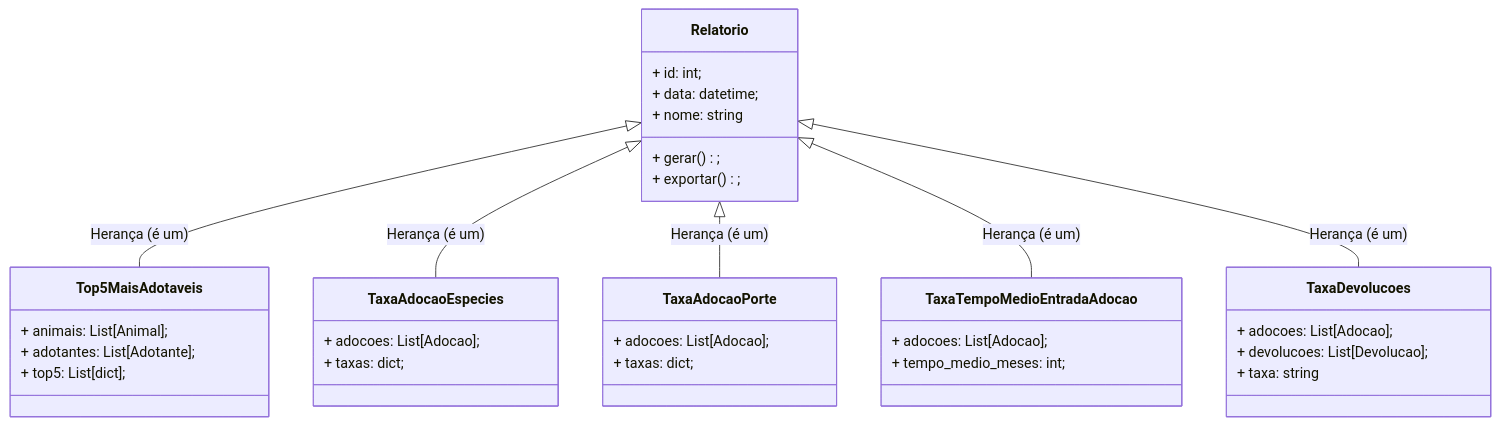
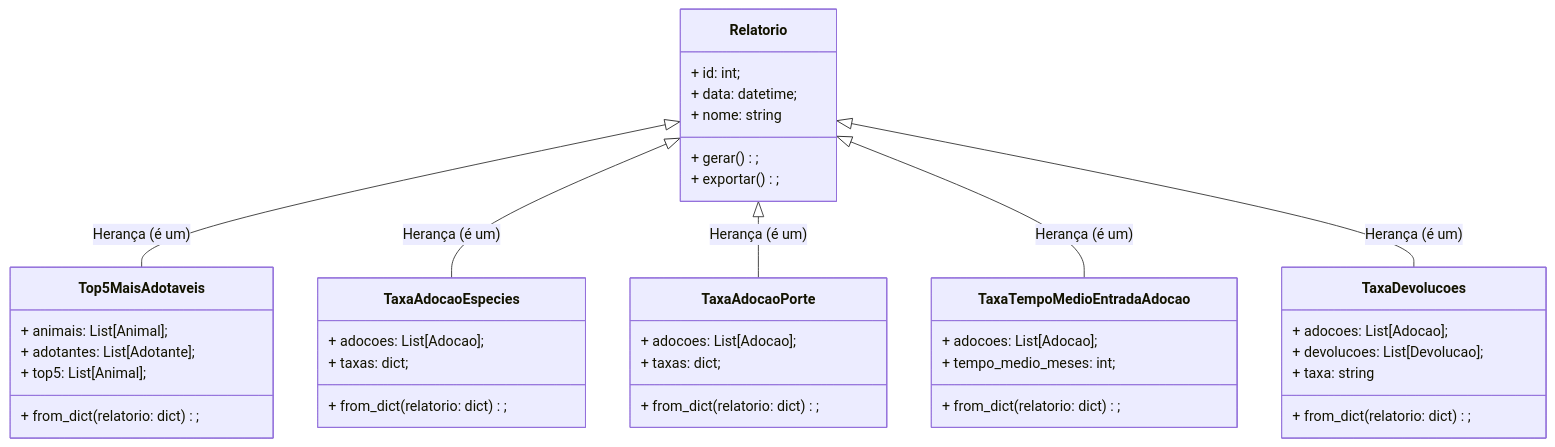
One commit to Alisson014/projeto-1-poo-sistema-adocao-animais changed the sixth of 8 diagrams in docs/uml.md. Above: the diagram before and after it, drawn with Mermaid. The commit also changed other lines of this file, not shown here.

Commit message:
docs: update uml.md to reflect step 3 alterations

````diff
--- a/docs/uml.md
+++ b/docs/uml.md
@@ -215,44 +245,49 @@
 ```mermaid
 classDiagram
     class Relatorio {
         + id: int;
         + data: datetime;
         + nome: string
         + gerar();
         + exportar();
     }
 
     class Top5MaisAdotaveis {
         + animais: List[Animal];
         + adotantes: List[Adotante];
-        + top5: List[dict];
+        + top5: List[Animal];
+        + from_dict(relatorio: dict);
     }
 
     class TaxaAdocaoEspecies {
         + adocoes: List[Adocao];
         + taxas: dict;
+        + from_dict(relatorio: dict);
     }
 
     class TaxaAdocaoPorte {
         + adocoes: List[Adocao];
         + taxas: dict;
+        + from_dict(relatorio: dict);
     }
 
     class TaxaTempoMedioEntradaAdocao {
         + adocoes: List[Adocao];
         + tempo_medio_meses: int;
+        + from_dict(relatorio: dict);
     }
 
     class TaxaDevolucoes {
         + adocoes: List[Adocao];
         + devolucoes: List[Devolucao];
         + taxa: string
+        + from_dict(relatorio: dict);
     }
 
     %% Relacionamentos
     Relatorio <|-- Top5MaisAdotaveis : Herança (é um)
     Relatorio <|-- TaxaAdocaoEspecies : Herança (é um)
     Relatorio <|-- TaxaAdocaoPorte : Herança (é um)
     Relatorio <|-- TaxaTempoMedioEntradaAdocao : Herança (é um)
     Relatorio <|-- TaxaDevolucoes : Herança (é um)
 ```
````
